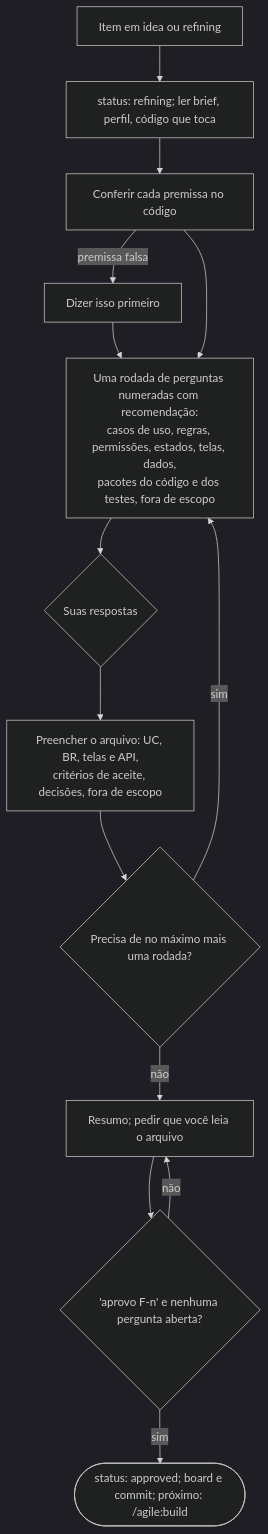
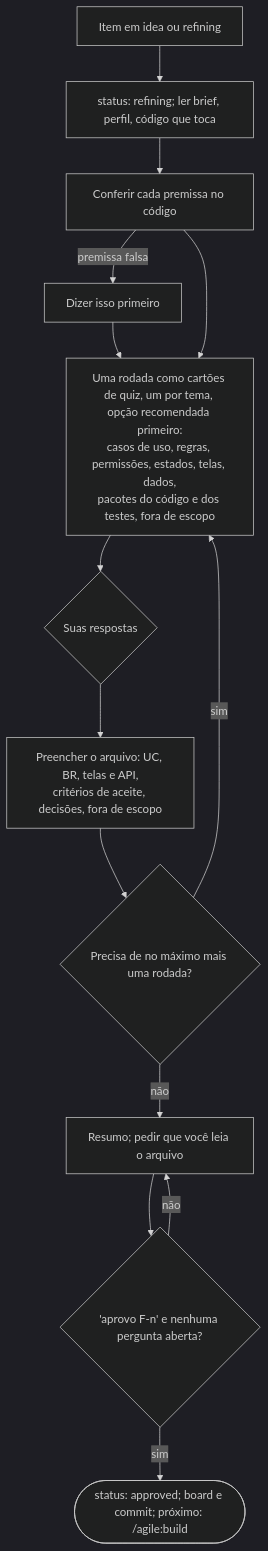
One commit to alexcanario/simulab changed the sixth of 15 diagrams in docs/agile/workflow.pt-BR.md. Above: the diagram before and after it, drawn with Mermaid (dark theme). The commit also changed other lines of this file and 2 other files, not shown here.

````diff
--- a/docs/agile/workflow.pt-BR.md
+++ b/docs/agile/workflow.pt-BR.md
@@ -887,16 +910,16 @@
 ```mermaid
 flowchart TD
     A["Item em idea ou refining"] --> B["status: refining; ler brief, perfil, código que toca"]
     B --> C["Conferir cada premissa no código"]
     C -->|premissa falsa| C1["Dizer isso primeiro"]
     C1 --> D
-    C --> D["Uma rodada de perguntas numeradas com recomendação:<br/>casos de uso, regras, permissões, estados, telas, dados,<br/>pacotes do código e dos testes, fora de escopo"]
+    C --> D["Uma rodada como cartões de quiz, um por tema, opção recomendada primeiro:<br/>casos de uso, regras, permissões, estados, telas, dados,<br/>pacotes do código e dos testes, fora de escopo"]
     D --> E{"Suas respostas"}
     E --> F["Preencher o arquivo: UC, BR, telas e API,<br/>critérios de aceite, decisões, fora de escopo"]
     F --> G{"Precisa de no máximo mais uma rodada?"}
     G -->|sim| D
     G -->|não| H["Resumo; pedir que você leia o arquivo"]
     H --> I{"'aprovo F-n' e nenhuma pergunta aberta?"}
     I -->|não| H
     I -->|sim| J(["status: approved; board e commit; próximo: /agile:build"])
 ```
````
